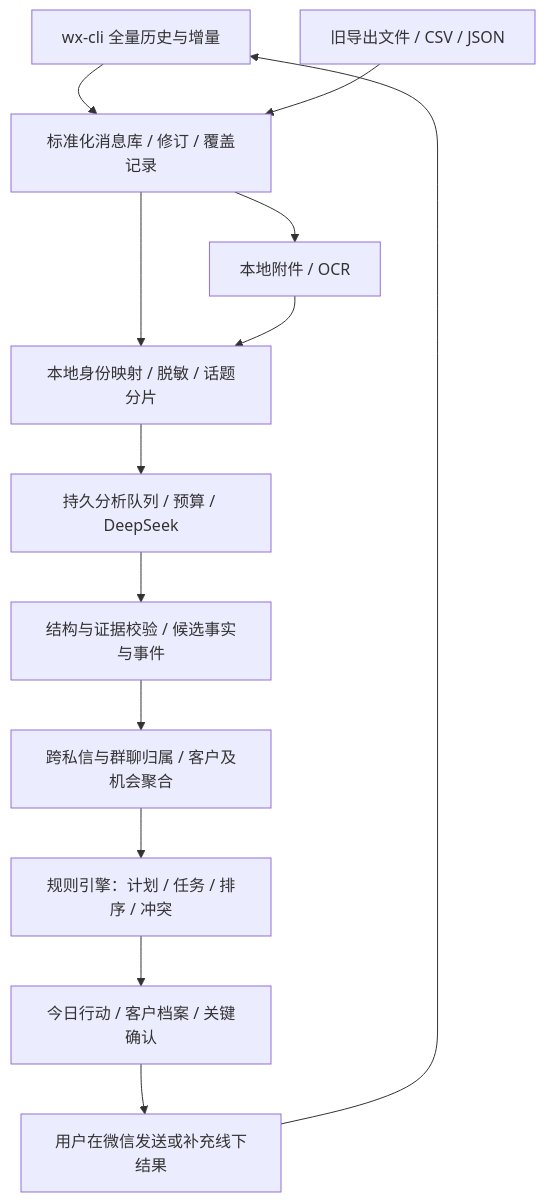
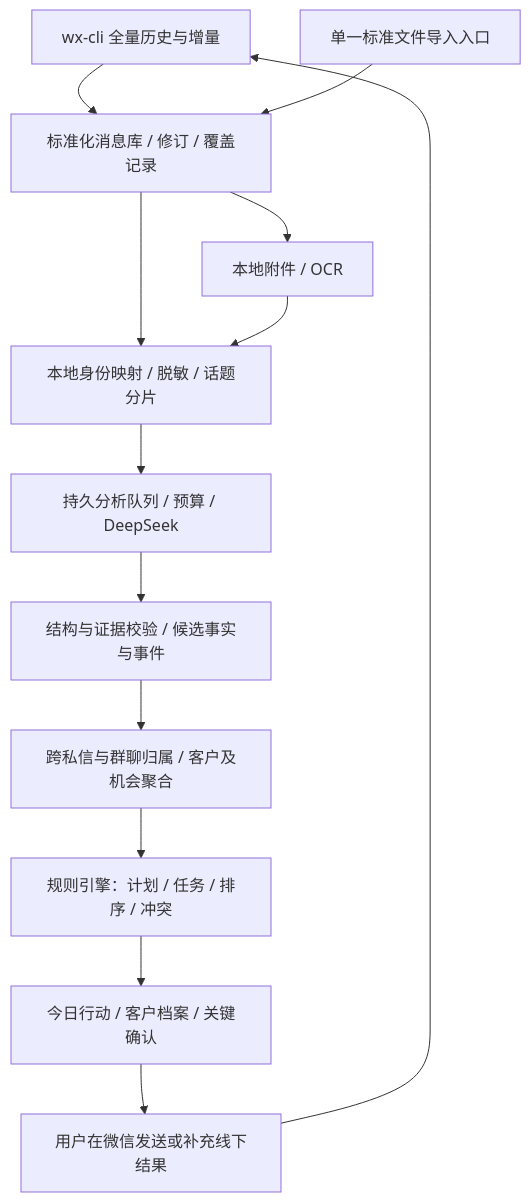
The diagram in docs/AI_CRM_DESIGN.md (EligahYy/Wechat-Agent), drawn with Mermaid before and after one commit. The commit also changed other lines of this file and 35 other files, not shown here.

````diff
--- a/docs/AI_CRM_DESIGN.md
+++ b/docs/AI_CRM_DESIGN.md
@@ -214,15 +214,15 @@
 ```mermaid
 flowchart TD
     A[wx-cli 全量历史与增量] --> C[标准化消息库 / 修订 / 覆盖记录]
-    B[旧导出文件 / CSV / JSON] --> C
+    B[单一标准文件导入入口] --> C
     C --> D[本地身份映射 / 脱敏 / 话题分片]
     D --> E[持久分析队列 / 预算 / DeepSeek]
     E --> F[结构与证据校验 / 候选事实与事件]
     F --> G[跨私信与群聊归属 / 客户及机会聚合]
     G --> H[规则引擎：计划 / 任务 / 排序 / 冲突]
     H --> I[今日行动 / 客户档案 / 关键确认]
     I --> J[用户在微信发送或补充线下结果]
     J --> A
     C --> K[本地附件 / OCR]
     K --> D
 ```
````
